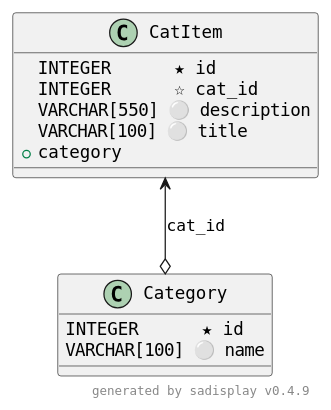
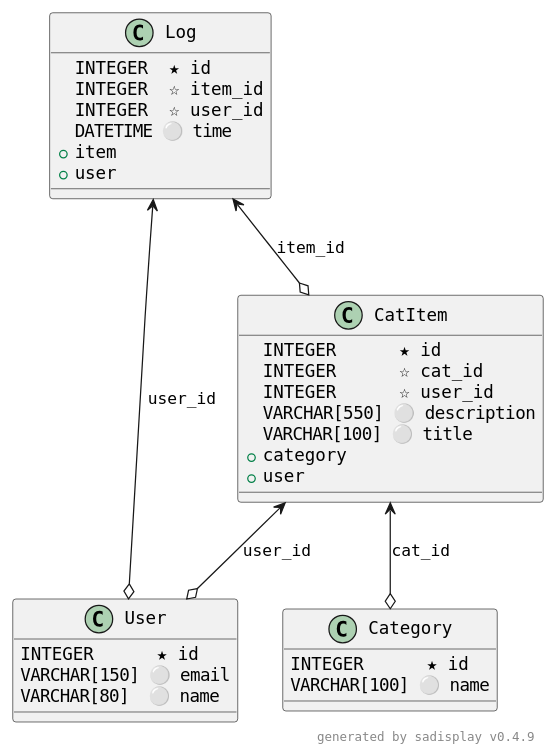
One commit to abdo1819/ud_fsnd_catalog-app changed the diagram in schema.plantuml. Above: the diagram before and after it, drawn with PlantUML. The commit also changed 2 other files, not shown here.

Commit message:
add user to data base

```diff
--- a/schema.plantuml
+++ b/schema.plantuml
@@ -1,22 +1,45 @@
 @startuml
 
 skinparam defaultFontName Courier
+
+Class User {
+    INTEGER      ★ id   
+    VARCHAR[150] ⚪ email
+    VARCHAR[80]  ⚪ name 
+}
 
 Class Category {
     INTEGER      ★ id  
     VARCHAR[100] ⚪ name
 }
 
 Class CatItem {
     INTEGER      ★ id         
     INTEGER      ☆ cat_id     
+    INTEGER      ☆ user_id    
     VARCHAR[550] ⚪ description
     VARCHAR[100] ⚪ title      
     +            category     
+    +            user         
+}
+
+Class Log {
+    INTEGER  ★ id     
+    INTEGER  ☆ item_id
+    INTEGER  ☆ user_id
+    DATETIME ⚪ time   
+    +        item     
+    +        user     
 }
 
 CatItem <--o Category: cat_id
 
+CatItem <--o User: user_id
+
+Log <--o User: user_id
+
+Log <--o CatItem: item_id
+
 right footer generated by sadisplay v0.4.9
 
 @enduml
```
